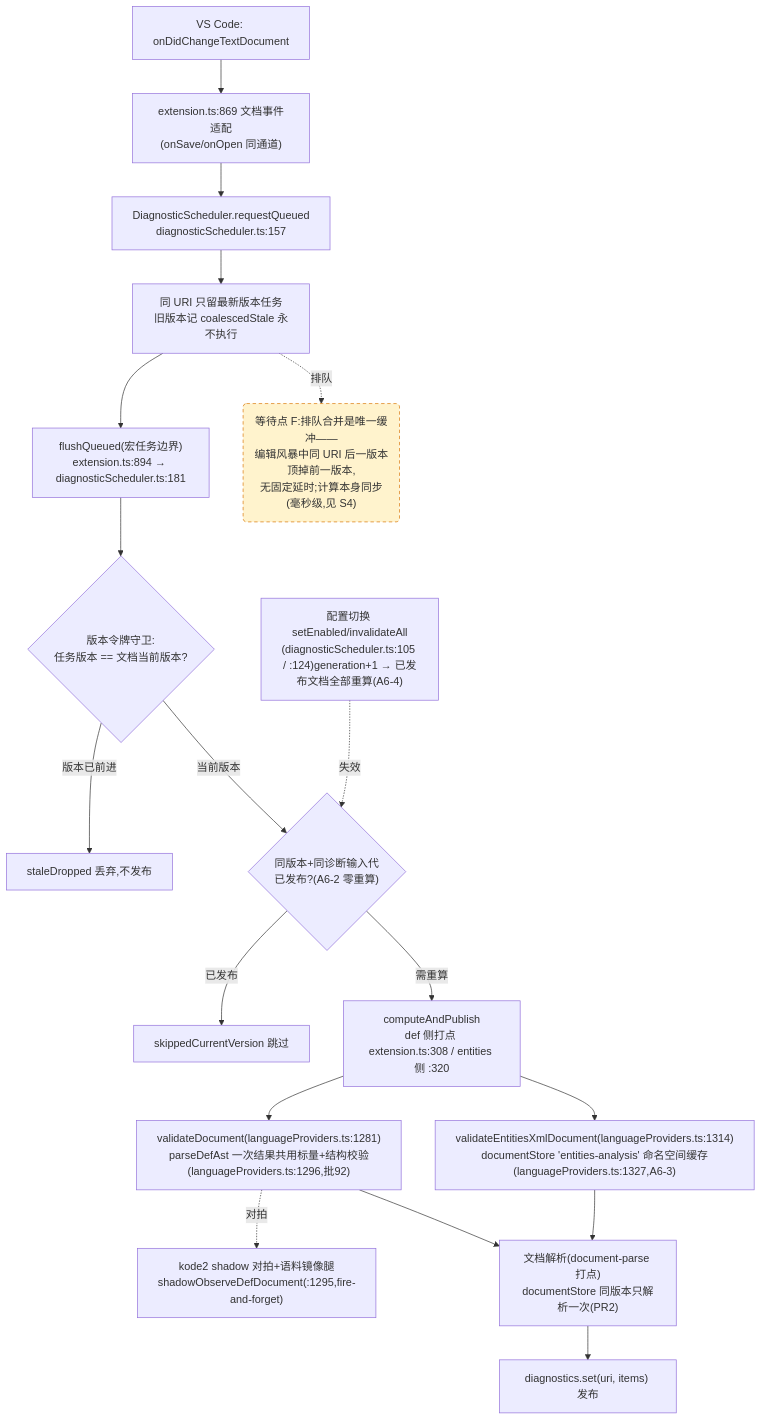
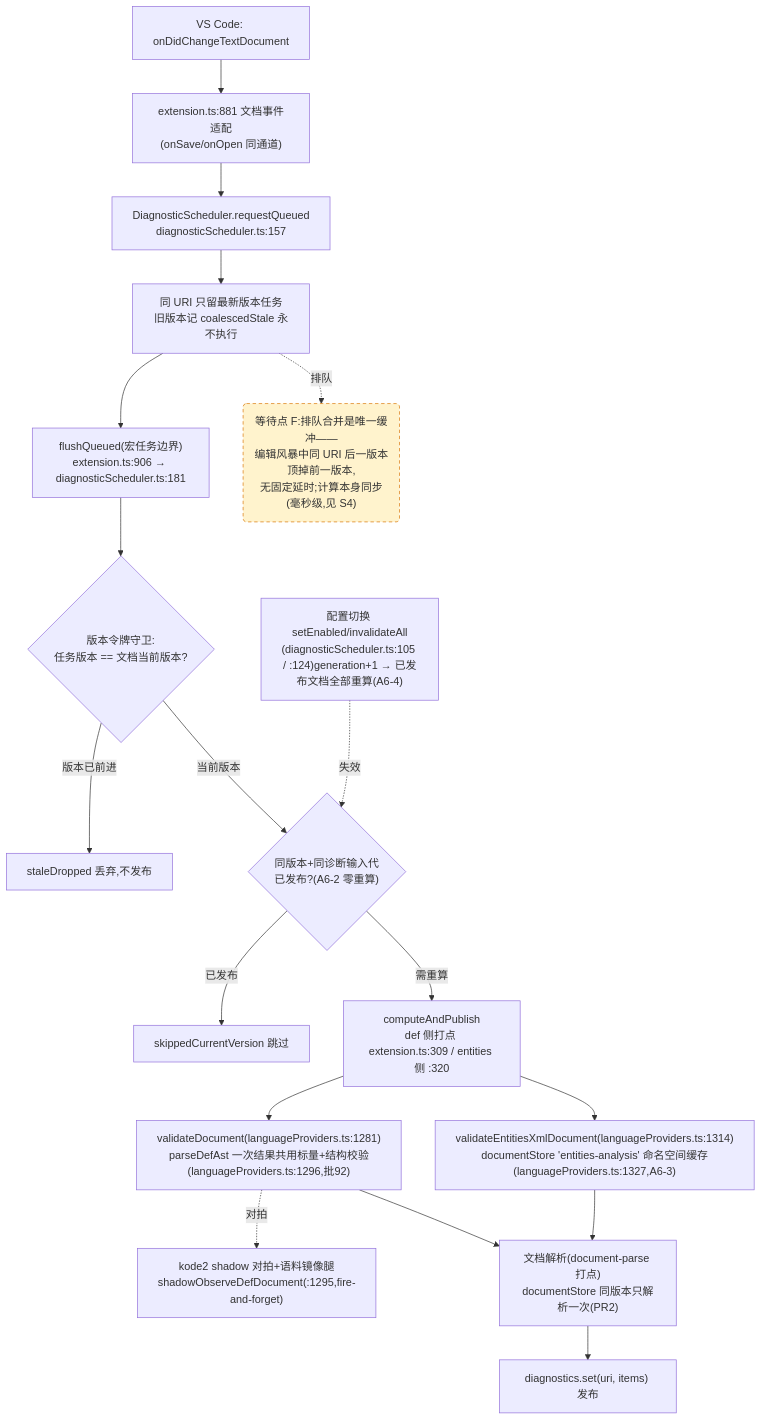
The fourth of 4 diagrams in docs/perf/2026-baseline.md (cuihairu/kode), drawn with Mermaid before and after one commit. The commit also changed other lines of this file and 5 other files, not shown here.

````diff
--- a/docs/perf/2026-baseline.md
+++ b/docs/perf/2026-baseline.md
@@ -214,38 +214,38 @@
 ```mermaid
 flowchart TD
   CHG["VS Code: onDidChangeTextDocument"]
-  WATCH["extension.ts:869 文档事件适配<br/>(onSave/onOpen 同通道)"]
+  WATCH["extension.ts:881 文档事件适配<br/>(onSave/onOpen 同通道)"]
   RQ["DiagnosticScheduler.requestQueued<br/>diagnosticScheduler.ts:157"]
   CO["同 URI 只留最新版本任务<br/>旧版本记 coalescedStale 永不执行"]
-  FL["flushQueued(宏任务边界)<br/>extension.ts:894 → diagnosticScheduler.ts:181"]
+  FL["flushQueued(宏任务边界)<br/>extension.ts:906 → diagnosticScheduler.ts:181"]
   VG{"版本令牌守卫:<br/>任务版本 == 文档当前版本?"}
   DROP["staleDropped 丢弃,不发布"]
   GEN{"同版本+同诊断输入代<br/>已发布?(A6-2 零重算)"}
   SKIP["skippedCurrentVersion 跳过"]
-  CALC["computeAndPublish<br/>def 侧打点 extension.ts:308 / entities 侧 :320"]
+  CALC["computeAndPublish<br/>def 侧打点 extension.ts:309 / entities 侧 :320"]
   VD["validateDocument(languageProviders.ts:1281)<br/>parseDefAst 一次结果共用标量+结构校验(languageProviders.ts:1296,批92)"]
   VEX["validateEntitiesXmlDocument(languageProviders.ts:1314)<br/>documentStore 'entities-analysis' 命名空间缓存(languageProviders.ts:1327,A6-3)"]
   SHDD["kode2 shadow 对拍+语料镜像腿<br/>shadowObserveDefDocument(:1295,fire-and-forget)"]
   DS["文档解析(document-parse 打点)<br/>documentStore 同版本只解析一次(PR2)"]
   PUB["diagnostics.set(uri, items) 发布"]
   CFG2["配置切换 setEnabled/invalidateAll<br/>(diagnosticScheduler.ts:105 / :124)generation+1 → 已发布文档全部重算(A6-4)"]
 
   CHG --> WATCH --> RQ --> CO --> FL --> VG
   VG -- "版本已前进" --> DROP
   VG -- "当前版本" --> GEN
   GEN -- "已发布" --> SKIP
   GEN -- "需重算" --> CALC
   CALC --> VD
   CALC --> VEX
   VD --> DS
   VEX --> DS
   DS --> PUB
   VD -.->|对拍| SHDD
   CFG2 -.->|失效| GEN
 
   WAITF("等待点 F:排队合并是唯一缓冲——<br/>编辑风暴中同 URI 后一版本顶掉前一版本,<br/>无固定延时;计算本身同步(毫秒级,见 S4)")
   CO -.->|排队| WAITF
 
   classDef waitPoint fill:#fff3cd,stroke:#d97706,stroke-dasharray:5 4;
   class WAITF waitPoint;
 ```
````
